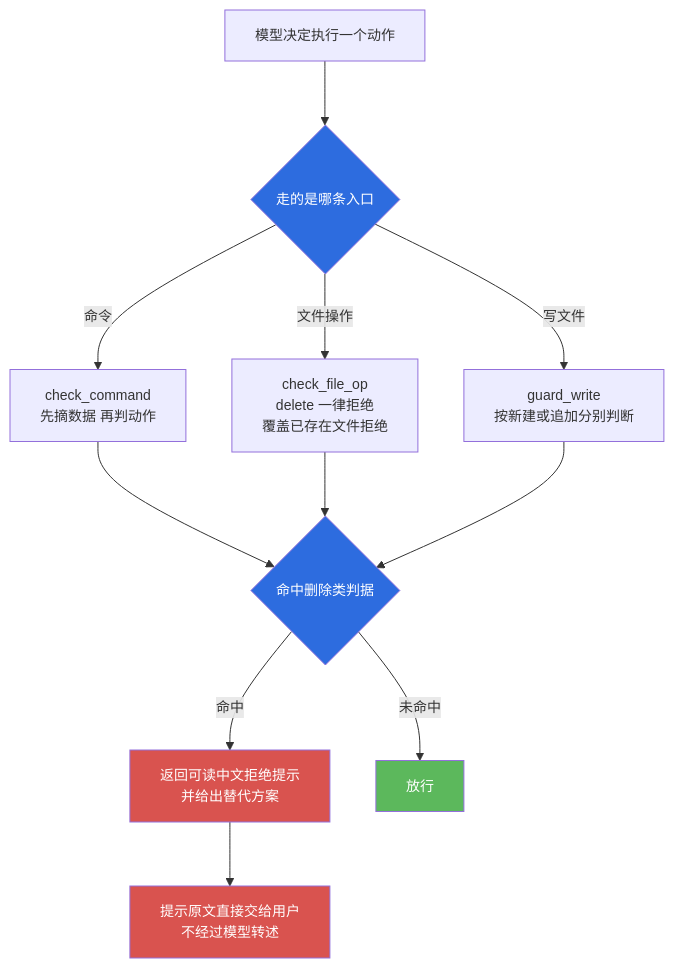
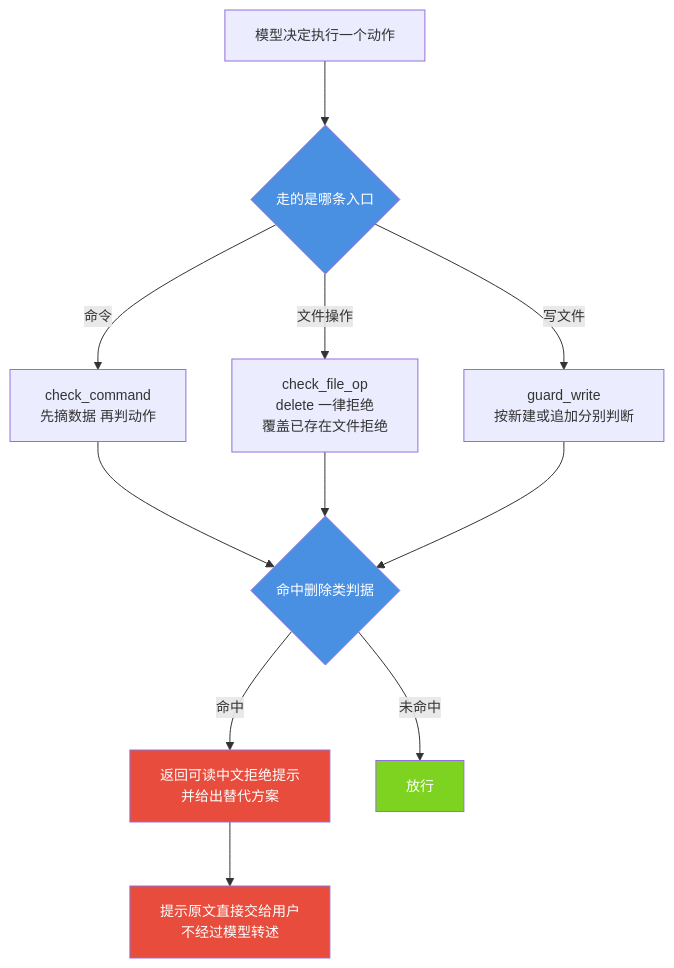
Before and after one commit to jiangchuangege/xiaojiao-harnees: the fifth of 5 diagrams in docs/modules/03-memory-depth.md, drawn with Mermaid. The commit also changed other lines of this file and 32 other files, not shown here.

Commit message:
统一：全仓原理图配色到一套调色板 + 给 12 张灰图补色 + 修正自己会睡那张过期图

````diff
--- a/docs/modules/03-memory-depth.md
+++ b/docs/modules/03-memory-depth.md
@@ -307,20 +307,20 @@
 ```mermaid
 %%{init: {"themeVariables": {"fontSize": "14px"}, "flowchart": {"htmlLabels": true, "wrappingWidth": 340, "nodeSpacing": 46, "rankSpacing": 64, "useMaxWidth": true}}}%%
 flowchart TB
     A["模型决定执行一个动作"] --> G{"走的是哪条入口"}
     G -->|命令| C1["check_command<br/>先摘数据 再判动作"]
     G -->|文件操作| C2["check_file_op<br/>delete 一律拒绝<br/>覆盖已存在文件拒绝"]
     G -->|写文件| C3["guard_write<br/>按新建或追加分别判断"]
     C1 --> D{"命中删除类判据"}
     C2 --> D
     C3 --> D
     D -->|命中| BLK["返回可读中文拒绝提示<br/>并给出替代方案"]
     D -->|未命中| OK["放行"]
     BLK --> USER["提示原文直接交给用户<br/>不经过模型转述"]
 
-    style G fill:#2d6cdf,color:#fff
-    style D fill:#2d6cdf,color:#fff
-    style BLK fill:#d9534f,color:#fff
-    style USER fill:#d9534f,color:#fff
-    style OK fill:#5cb85c,color:#fff
+    style G fill:#4A90E2,color:#fff
+    style D fill:#4A90E2,color:#fff
+    style BLK fill:#E74C3C,color:#fff
+    style USER fill:#E74C3C,color:#fff
+    style OK fill:#7ED321,color:#fff
 ```
````
